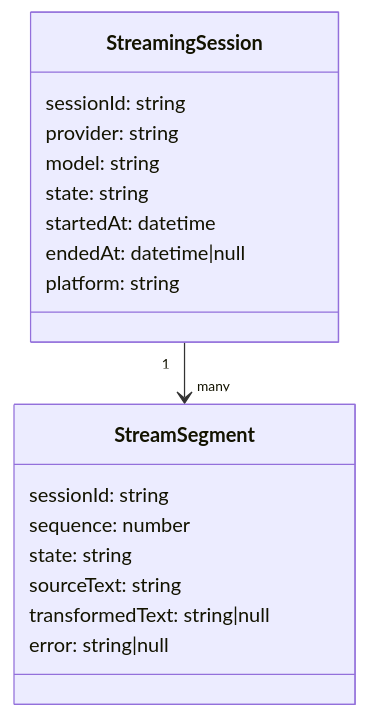
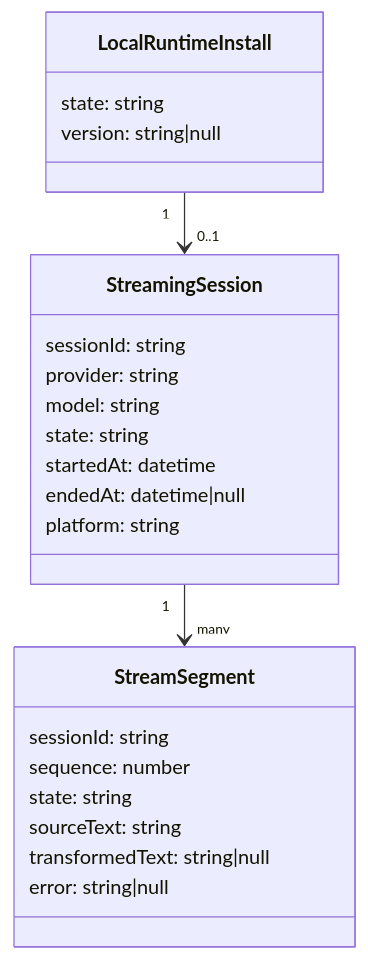
The sixth of 8 diagrams in specs/spec.md (massun-onibakuchi/speech-to-text-app), drawn with Mermaid before and after one commit. The commit also changed other lines of this file and 2 other files, not shown here.

Commit message:
docs: tighten whisperlivekit architecture contract

````diff
--- a/specs/spec.md
+++ b/specs/spec.md
@@ -937,23 +945,29 @@
 ```mermaid
 classDiagram
+  class LocalRuntimeInstall {
+    state: string
+    version: string|null
+  }
+
   class StreamingSession {
     sessionId: string
     provider: string
     model: string
     state: string
     startedAt: datetime
     endedAt: datetime|null
     platform: string
   }
 
   class StreamSegment {
     sessionId: string
     sequence: number
     state: string
     sourceText: string
     transformedText: string|null
     error: string|null
   }
 
+  LocalRuntimeInstall "1" --> "0..1" StreamingSession
   StreamingSession "1" --> "many" StreamSegment
 ```
````
